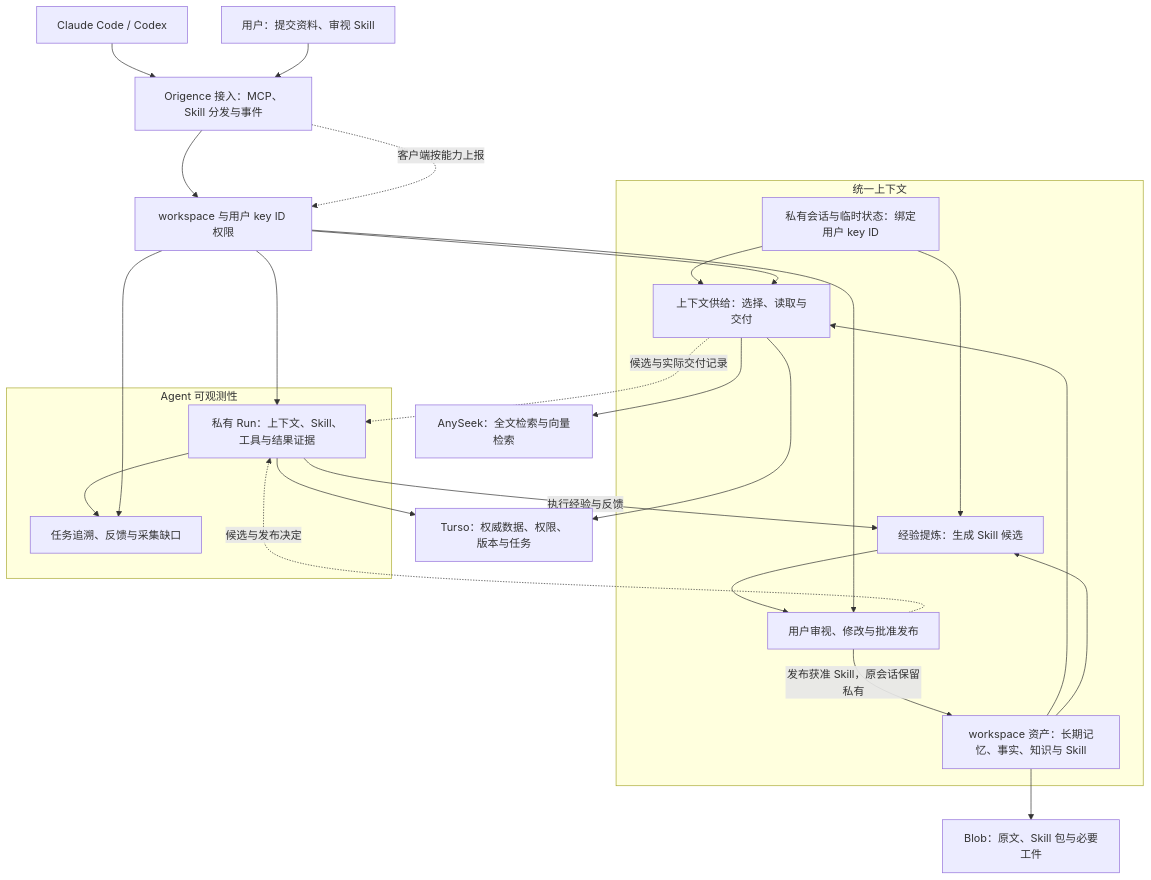
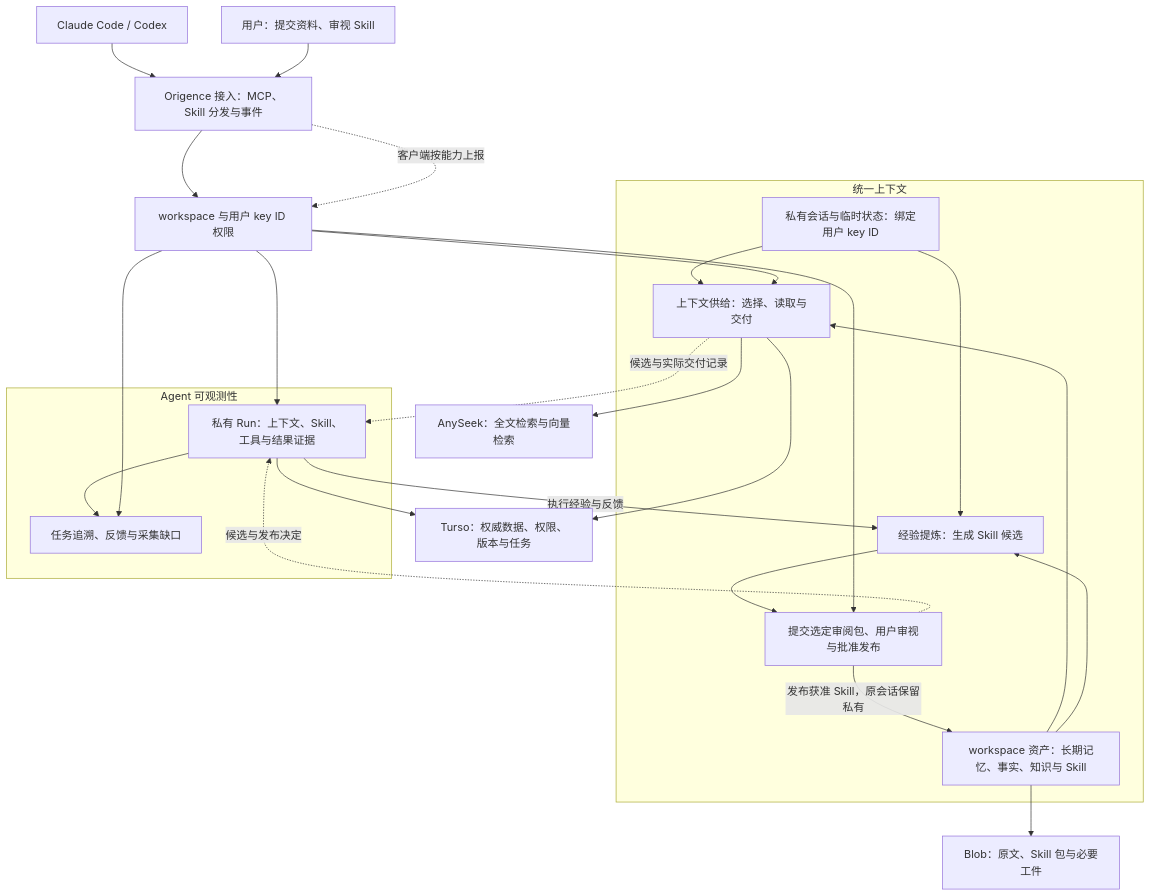
One commit to TheLudlows/Origence changed the first of 2 diagrams in docs/superpowers/specs/2026-11-16-agent-data-foundation-architecture.md. Above: the diagram before and after it, drawn with Mermaid. The commit also changed other lines of this file and 5 other files, not shown here.

````diff
--- a/docs/superpowers/specs/2026-11-16-agent-data-foundation-architecture.md
+++ b/docs/superpowers/specs/2026-11-16-agent-data-foundation-architecture.md
@@ -29,36 +30,36 @@
 ```mermaid
 flowchart TB
     CLIENT[Claude Code / Codex] --> ACCESS[Origence 接入：MCP、Skill 分发与事件]
     USER[用户：提交资料、审视 Skill] --> ACCESS
     ACCESS --> AUTH[workspace 与用户 key ID 权限]
     subgraph CONTEXT[统一上下文]
         PRIVATE[私有会话与临时状态：绑定用户 key ID]
         ASSET[workspace 资产：长期记忆、事实、知识与 Skill]
         SERVE[上下文供给：选择、读取与交付]
         LEARN[经验提炼：生成 Skill 候选]
-        REVIEW[用户审视、修改与批准发布]
+        REVIEW[提交选定审阅包、用户审视与批准发布]
         ASSET --> SERVE
         ASSET --> LEARN
         PRIVATE --> SERVE
         PRIVATE --> LEARN
         LEARN --> REVIEW
         REVIEW -->|发布获准 Skill，原会话保留私有| ASSET
     end
     AUTH --> SERVE
     AUTH --> REVIEW
     SERVE --> SEARCH[AnySeek：全文检索与向量检索]
     SERVE --> STORE[Turso：权威数据、权限、版本与任务]
     ASSET --> BLOB[Blob：原文、Skill 包与必要工件]
     subgraph OBS[Agent 可观测性]
         RUN[私有 Run：上下文、Skill、工具与结果证据]
         VIEW[任务追溯、反馈与采集缺口]
         RUN --> VIEW
     end
     AUTH --> RUN
     AUTH --> VIEW
     SERVE -. 候选与实际交付记录 .-> RUN
     REVIEW -. 候选与发布决定 .-> RUN
     ACCESS -. 客户端按能力上报 .-> AUTH
     RUN -->|执行经验与反馈| LEARN
     RUN --> STORE
 ```
````
